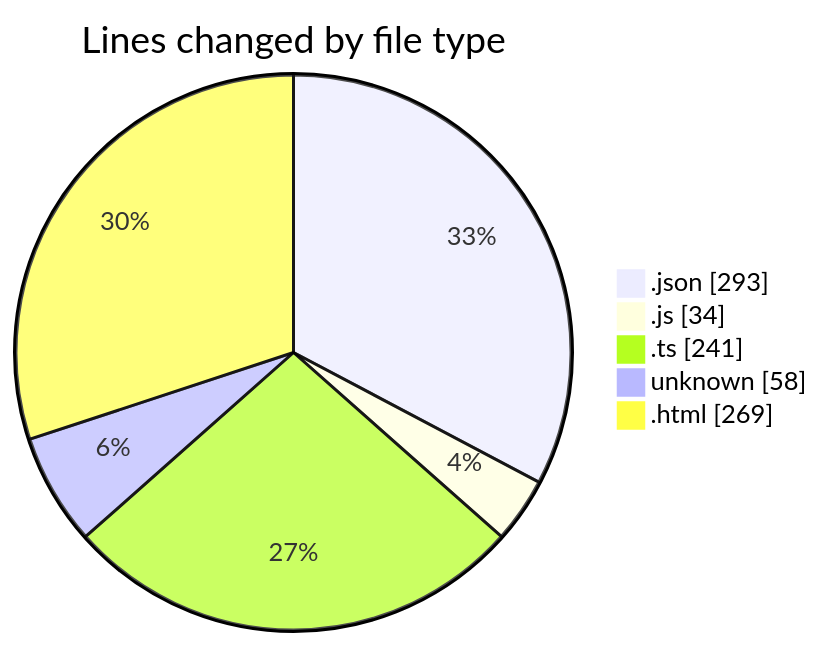
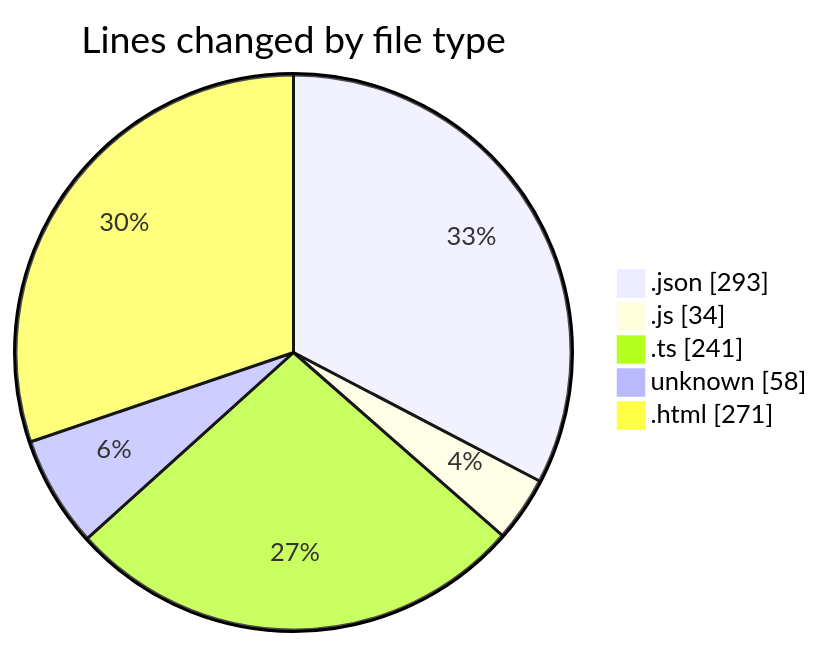
The first of 2 diagrams in 2025-05-12/news-clock-system-caspercg/README.md (momahboobian/code-tracking), drawn with Mermaid before and after one commit. The commit also changed other lines of this file and 1 other file, not shown here.

````diff
--- a/2025-05-12/news-clock-system-caspercg/README.md
+++ b/2025-05-12/news-clock-system-caspercg/README.md
@@ -32,9 +32,9 @@
 ```mermaid
 pie showData
 title Lines changed by file type
 ".json" : 293
 ".js" : 34
 ".ts" : 241
 "unknown" : 58
-".html" : 269
+".html" : 271
 ```
````
